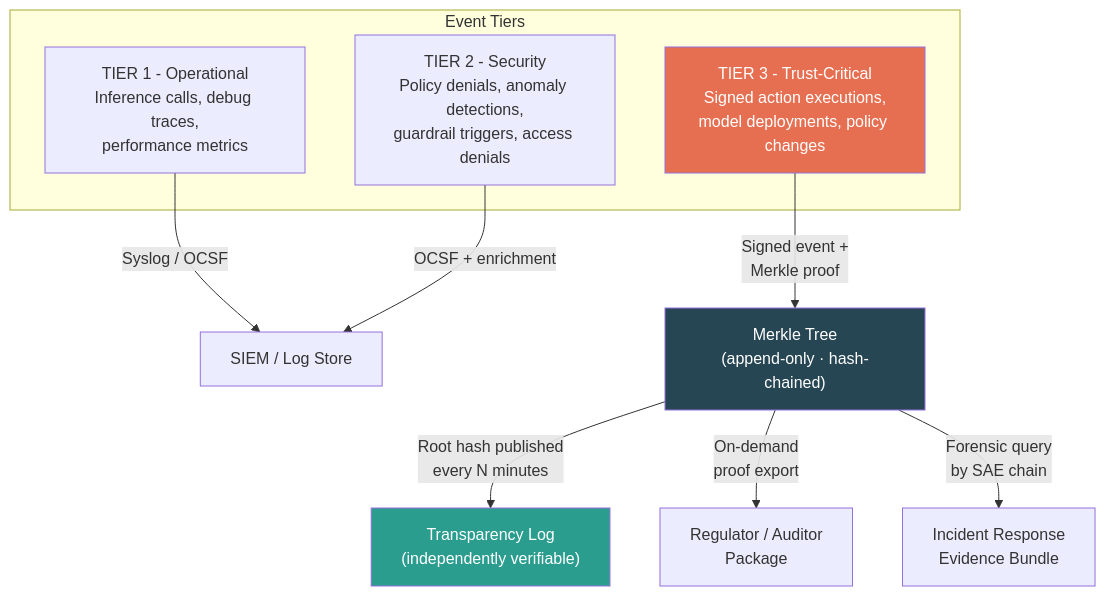
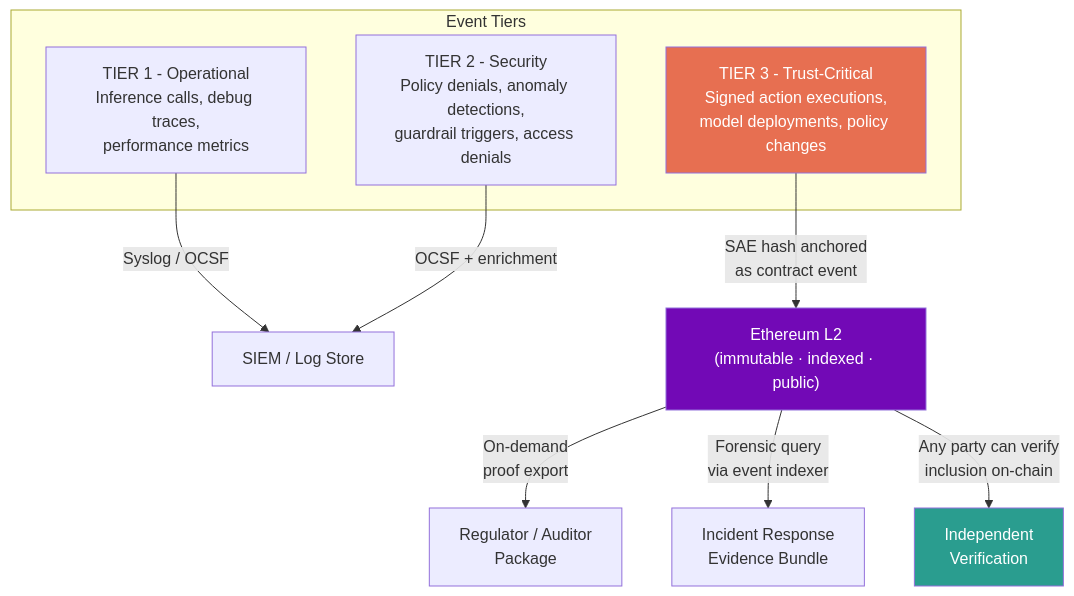
One commit to kjayashr/cryptographic-trust-layer changed diagram 12 of 13 in cryptographic-trust-layer-thesis.md. Above: the diagram before and after it, drawn with Mermaid. The commit also changed other lines of this file, not shown here.

First line of the commit message:
Rewrite architecture to smart contract-based enforcement on Ethereum L2

````diff
--- a/cryptographic-trust-layer-thesis.md
+++ b/cryptographic-trust-layer-thesis.md
@@ -542,20 +581,20 @@
 ```mermaid
 graph TB
     subgraph "Event Tiers"
         TIER1["TIER 1 - Operational<br/>Inference calls, debug traces,<br/>performance metrics"]
         TIER2["TIER 2 - Security<br/>Policy denials, anomaly detections,<br/>guardrail triggers, access denials"]
         TIER3["TIER 3 - Trust-Critical<br/>Signed action executions,<br/>model deployments, policy changes"]
     end
 
     TIER1 -->|"Syslog / OCSF"| SIEM["SIEM / Log Store"]
     TIER2 -->|"OCSF + enrichment"| SIEM
-    TIER3 -->|"Signed event +<br/>Merkle proof"| MERKLE["Merkle Tree<br/>(append-only · hash-chained)"]
+    TIER3 -->|"SAE hash anchored<br/>as contract event"| L2["Ethereum L2<br/>(immutable · indexed · public)"]
 
-    MERKLE -->|"Root hash published<br/>every N minutes"| TLOG["Transparency Log<br/>(independently verifiable)"]
-    MERKLE -->|"On-demand<br/>proof export"| AUDIT["Regulator / Auditor<br/>Package"]
-    MERKLE -->|"Forensic query<br/>by SAE chain"| IR["Incident Response<br/>Evidence Bundle"]
+    L2 -->|"On-demand<br/>proof export"| AUDIT["Regulator / Auditor<br/>Package"]
+    L2 -->|"Forensic query<br/>via event indexer"| IR["Incident Response<br/>Evidence Bundle"]
+    L2 -->|"Any party can verify<br/>inclusion on-chain"| VERIFY["Independent<br/>Verification"]
 
     style TIER3 fill:#e76f51,color:#fff
-    style MERKLE fill:#264653,color:#fff
-    style TLOG fill:#2a9d8f,color:#fff
+    style L2 fill:#7209b6,color:#fff
+    style VERIFY fill:#2a9d8f,color:#fff
 ```
````
